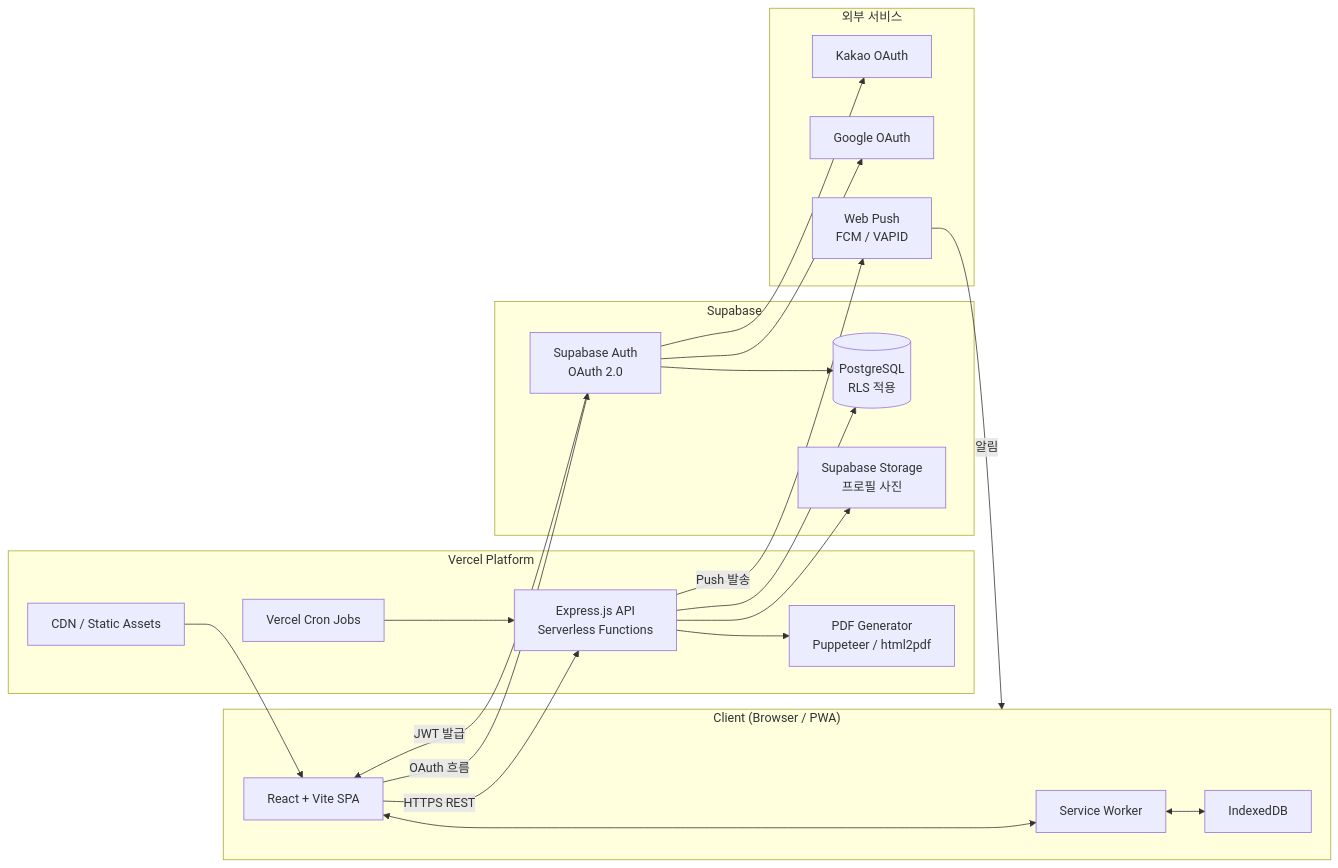
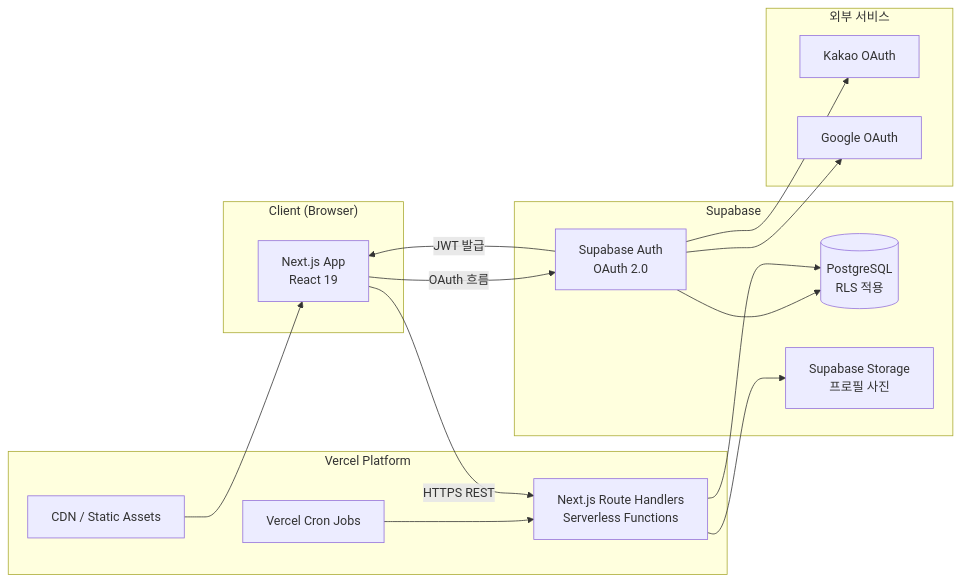
Before and after one commit to yh-labs/agent-study-public: the first of 2 diagrams in 03.구현문서/시스템정의서.md, drawn with Mermaid. The commit also changed other lines of this file and 10 other files, not shown here.

First line of the commit message:
[W4] 기획·구현·검수 문서 v1.1 - 오프라인/PDF/WebPush 범위 조정

````diff
--- a/03.구현문서/시스템정의서.md
+++ b/03.구현문서/시스템정의서.md
@@ -42,43 +48,34 @@
 ```mermaid
 graph LR
-    subgraph Client["Client (Browser / PWA)"]
-        SW[Service Worker]
-        IDB[IndexedDB]
-        UI[React + Vite SPA]
-        SW <--> IDB
-        UI <--> SW
+    subgraph Client["Client (Browser)"]
+        UI[Next.js App\nReact 19]
     end
 
     subgraph Vercel["Vercel Platform"]
         CDN[CDN / Static Assets]
-        API[Express.js API\nServerless Functions]
+        API[Next.js Route Handlers\nServerless Functions]
         CRON[Vercel Cron Jobs]
-        PDF[PDF Generator\nPuppeteer / html2pdf]
         CDN --> UI
         CRON --> API
-        API --> PDF
     end
 
     subgraph Supabase["Supabase"]
         AUTH[Supabase Auth\nOAuth 2.0]
         DB[(PostgreSQL\nRLS 적용)]
         STORAGE[Supabase Storage\n프로필 사진]
         AUTH --> DB
     end
 
     subgraph External["외부 서비스"]
         KAKAO[Kakao OAuth]
         GOOGLE[Google OAuth]
-        PUSH[Web Push\nFCM / VAPID]
     end
 
     UI -->|HTTPS REST| API
     UI -->|OAuth 흐름| AUTH
     AUTH -->|JWT 발급| UI
     AUTH --> KAKAO
     AUTH --> GOOGLE
     API --> DB
     API --> STORAGE
-    API -->|Push 발송| PUSH
-    PUSH -->|알림| Client
 ```
````
